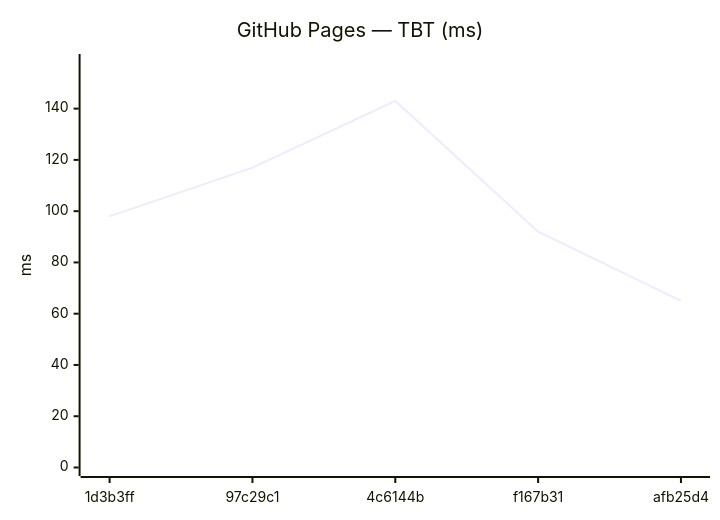
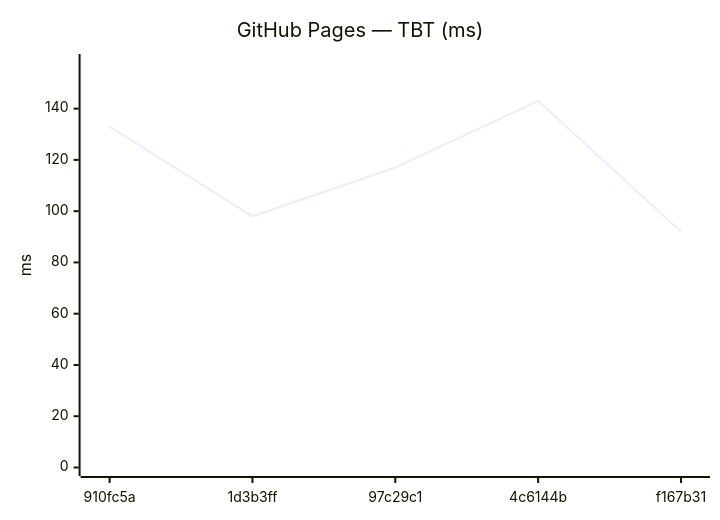
One commit to Metaheurist/Rianell changed the tenth of 18 diagrams in benchmarks/compare.md. Above: the diagram before and after it, drawn with Mermaid. The commit also changed other lines of this file and 11 other files, not shown here.

````diff
--- a/benchmarks/compare.md
+++ b/benchmarks/compare.md
@@ -149,7 +149,7 @@
 ```mermaid
 xychart-beta
     title "GitHub Pages — TBT (ms)"
-    x-axis ["1d3b3ff", "97c29c1", "4c6144b", "f167b31", "afb25d4"]
+    x-axis ["910fc5a", "1d3b3ff", "97c29c1", "4c6144b", "f167b31"]
     y-axis "ms" 0 --> 158
-    line [98, 117, 143, 92, 65]
+    line [133, 98, 117, 143, 92]
 ```
````
